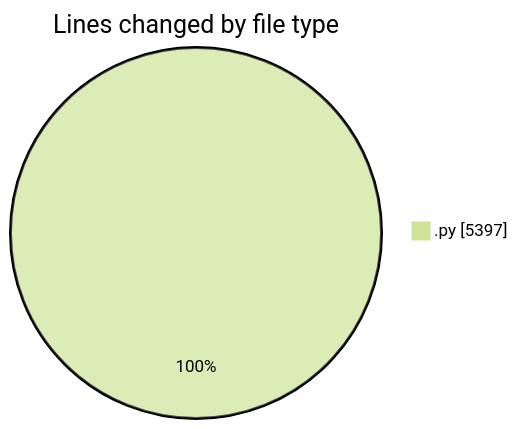
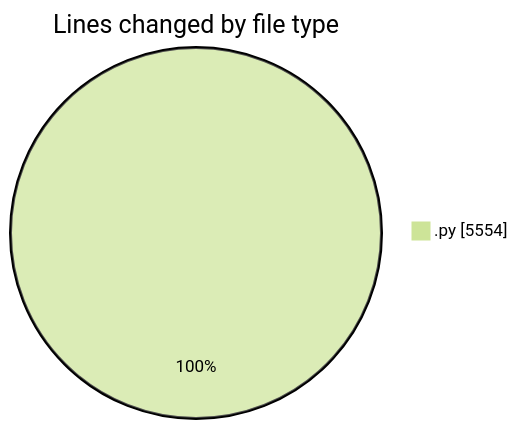
Before and after one commit to MatusMokan/code-tracking: the first of 2 diagrams in 2025-04-18/myws__workspace_/README.md, drawn with Mermaid (forest theme). The commit also changed other lines of this file and 1 other file, not shown here.

````diff
--- a/2025-04-18/myws__workspace_/README.md
+++ b/2025-04-18/myws__workspace_/README.md
@@ -22,5 +22,5 @@
 ```mermaid
 pie showData
 title Lines changed by file type
-".py" : 5397
+".py" : 5554
 ```
````
